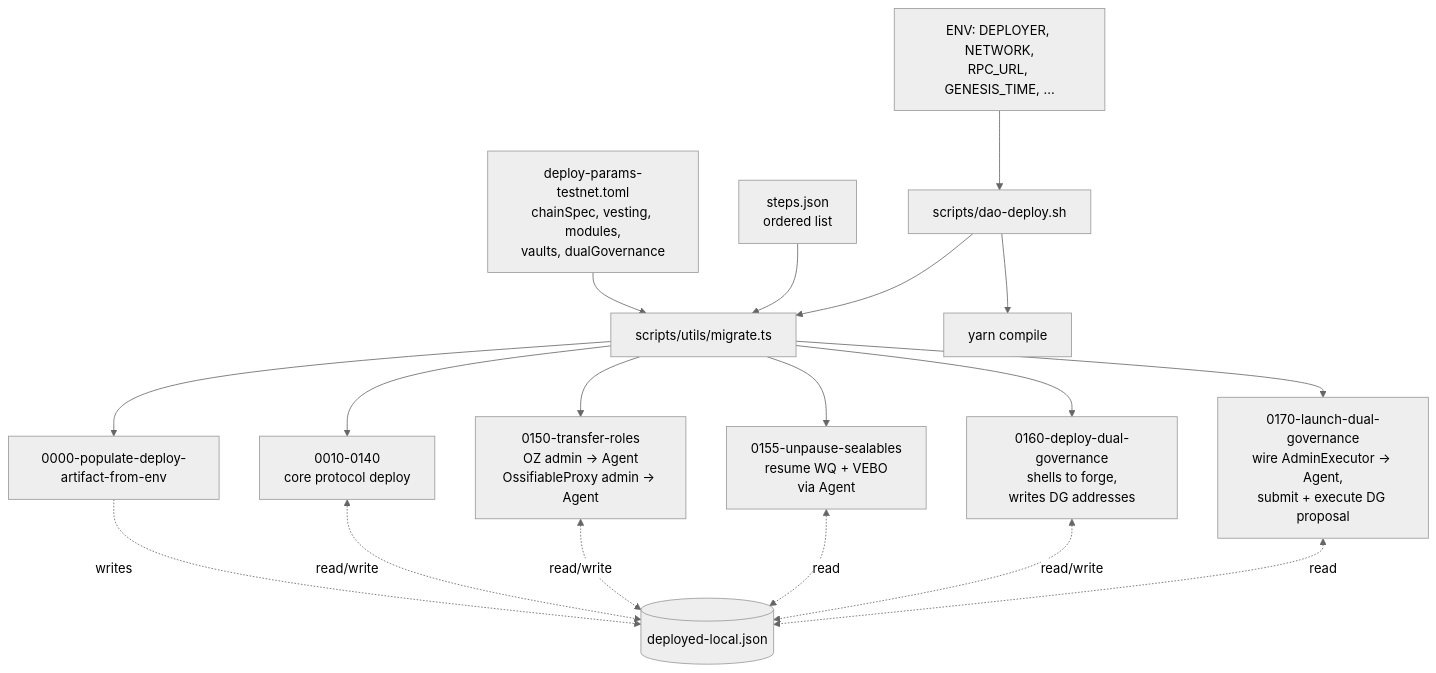
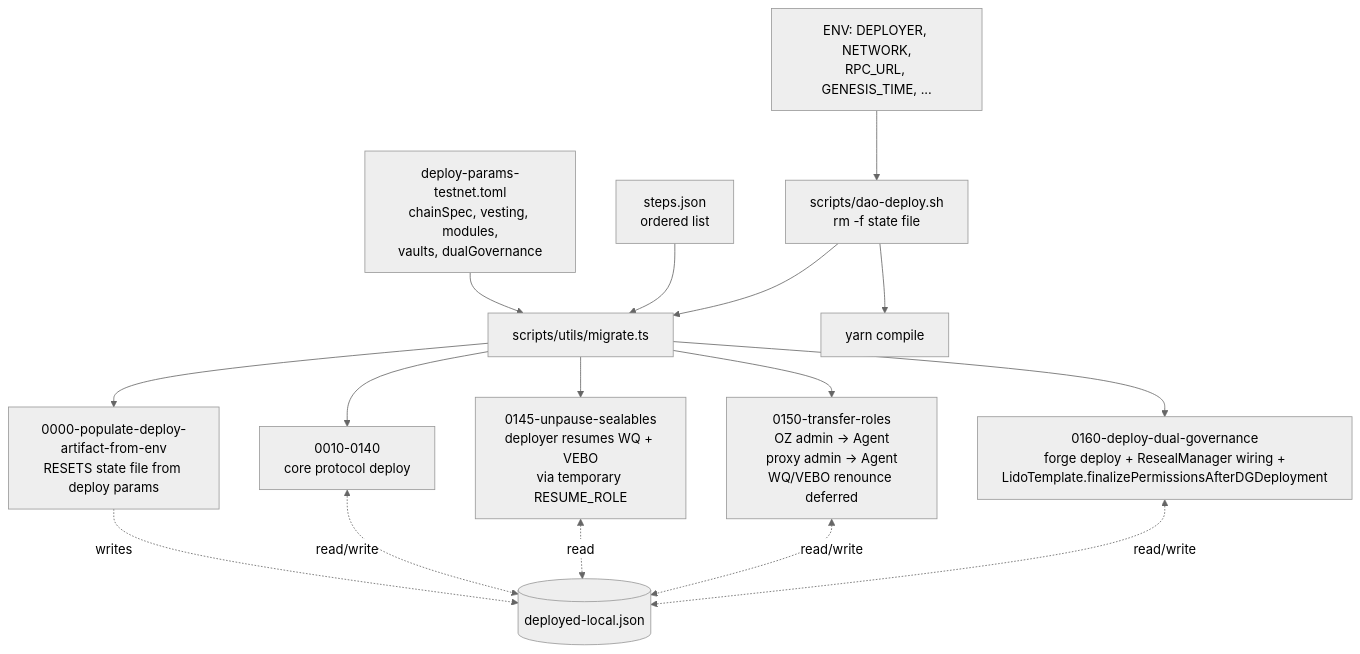
The first of 9 diagrams in docs/flow.md (lidofinance/core), drawn with Mermaid (neutral theme) before and after one commit. The commit also changed other lines of this file and 2 other files, not shown here.

Commit message:
fix(scratch): dg deploy on CI

````diff
--- a/docs/flow.md
+++ b/docs/flow.md
@@ -39,31 +36,28 @@
 ```mermaid
 flowchart TD
     Env[ENV: DEPLOYER, NETWORK,<br/>RPC_URL, GENESIS_TIME, ...]
     Toml[deploy-params-testnet.toml<br/>chainSpec, vesting, modules,<br/>vaults, dualGovernance]
     StepsJson[steps.json<br/>ordered list]
 
     Env --> Sh
     Toml --> M
     StepsJson --> M
 
-    Sh[scripts/dao-deploy.sh] --> Compile[yarn compile]
+    Sh[scripts/dao-deploy.sh<br/>rm -f state file] --> Compile[yarn compile]
     Sh --> M[scripts/utils/migrate.ts]
 
-    M --> S0000[0000-populate-deploy-artifact-from-env]
+    M --> S0000[0000-populate-deploy-artifact-from-env<br/>RESETS state file from deploy params]
     S0000 -.writes.-> State[(deployed-local.json)]
 
     M --> Core[0010-0140<br/>core protocol deploy]
     Core <-.read/write.-> State
 
-    M --> S0150[0150-transfer-roles<br/>OZ admin → Agent<br/>OssifiableProxy admin → Agent]
+    M --> S0145[0145-unpause-sealables<br/>deployer resumes WQ + VEBO<br/>via temporary RESUME_ROLE]
+    S0145 <-.read.-> State
+
+    M --> S0150[0150-transfer-roles<br/>OZ admin → Agent<br/>proxy admin → Agent<br/>WQ/VEBO renounce deferred]
     S0150 <-.read/write.-> State
 
-    M --> S0155[0155-unpause-sealables<br/>resume WQ + VEBO<br/>via Agent]
-    S0155 <-.read.-> State
-
-    M --> S0160[0160-deploy-dual-governance<br/>shells to forge,<br/>writes DG addresses]
+    M --> S0160[0160-deploy-dual-governance<br/>forge deploy + ResealManager wiring +<br/>LidoTemplate.finalizePermissionsAfterDGDeployment]
     S0160 <-.read/write.-> State
-
-    M --> S0170[0170-launch-dual-governance<br/>wire AdminExecutor → Agent,<br/>submit + execute DG proposal]
-    S0170 <-.read.-> State
 ```
````
